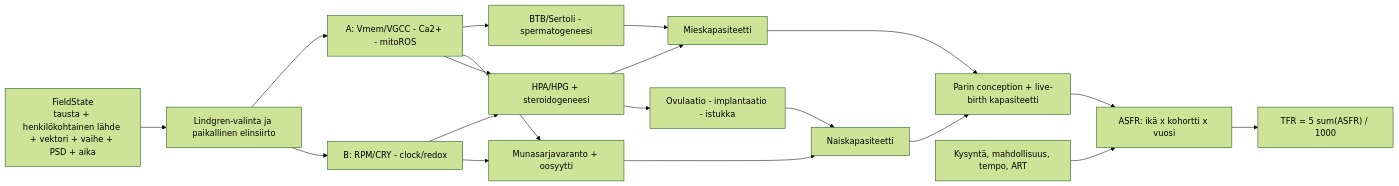
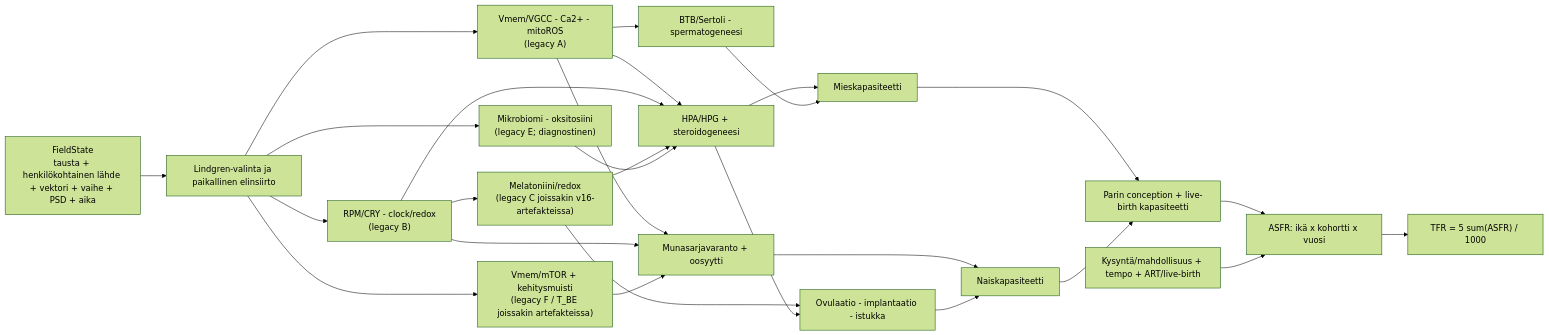
One commit to joetuotto/extinctionfield changed the diagram in berm/docs/fieldstate-asfr-v2.md. Above: the diagram before and after it, drawn with Mermaid (forest theme). The commit also changed other lines of this file and 23 other files, not shown here.

````diff
--- a/berm/docs/fieldstate-asfr-v2.md
+++ b/berm/docs/fieldstate-asfr-v2.md
@@ -11,35 +21,45 @@
 ```mermaid
 flowchart LR
   FS["FieldState\ntausta + henkilökohtainen lähde + vektori + vaihe + PSD + aika"]
   L["Lindgren-valinta ja paikallinen elinsiirto"]
-  A["A: Vmem/VGCC - Ca2+ - mitoROS"]
-  B["B: RPM/CRY - clock/redox"]
+  A["Vmem/VGCC - Ca2+ - mitoROS\n(legacy A)"]
+  B["RPM/CRY - clock/redox\n(legacy B)"]
+  R["Melatoniini/redox\n(legacy C joissakin v16-artefakteissa)"]
+  V["Vmem/mTOR + kehitysmuisti\n(legacy F / T_BE joissakin artefakteissa)"]
+  X["Mikrobiomi - oksitosiini\n(legacy E; diagnostinen)"]
   H["HPA/HPG + steroidogeneesi"]
   BTB["BTB/Sertoli - spermatogeneesi"]
   O["Munasarjavaranto + oosyytti"]
   I["Ovulaatio - implantaatio - istukka"]
   M["Mieskapasiteetti"]
   F["Naiskapasiteetti"]
   C["Parin conception + live-birth kapasiteetti"]
   ASFR["ASFR: ikä x kohortti x vuosi"]
   TFR["TFR = 5 sum(ASFR) / 1000"]
-  DU["Kysyntä, mahdollisuus, tempo, ART"]
+  DU["Kysyntä/mahdollisuus + tempo + ART/live-birth"]
   FS --> L
   L --> A
   L --> B
+  L --> V
+  L --> X
+  B --> R
   A --> BTB
   A --> O
   A --> H
   B --> H
   B --> O
+  R --> H
+  R --> I
+  V --> O
+  X --> H
   H --> M
   H --> I
   BTB --> M
   O --> F
   I --> F
   M --> C
   F --> C
   C --> ASFR
   DU --> ASFR
   ASFR --> TFR
 ```
````
